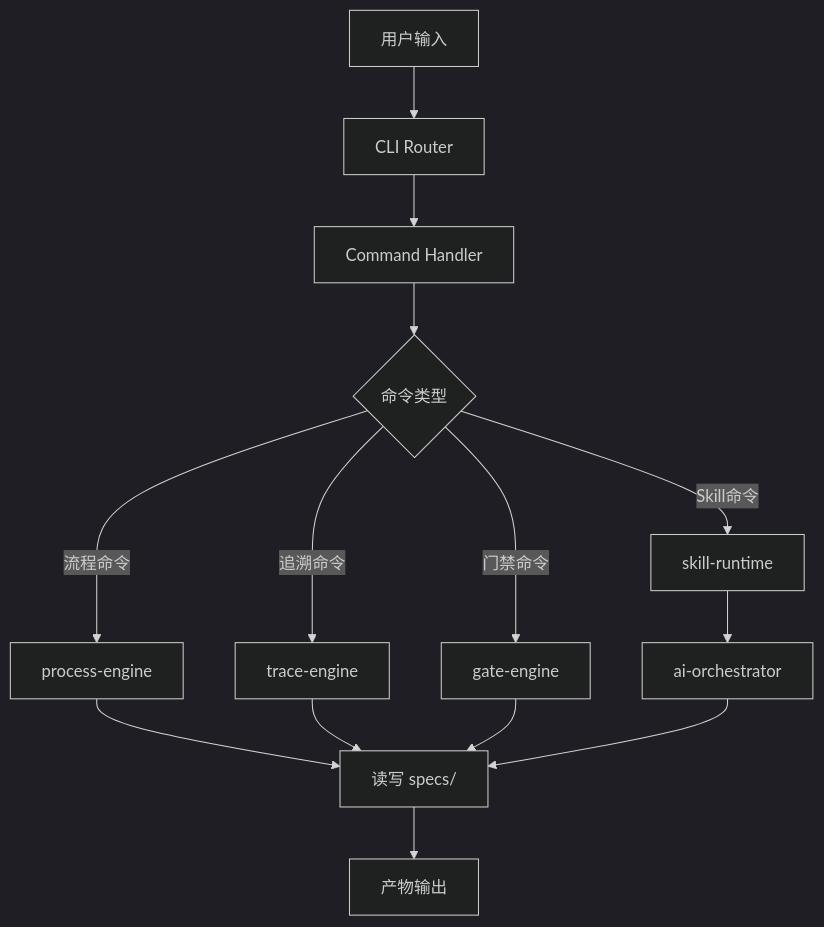
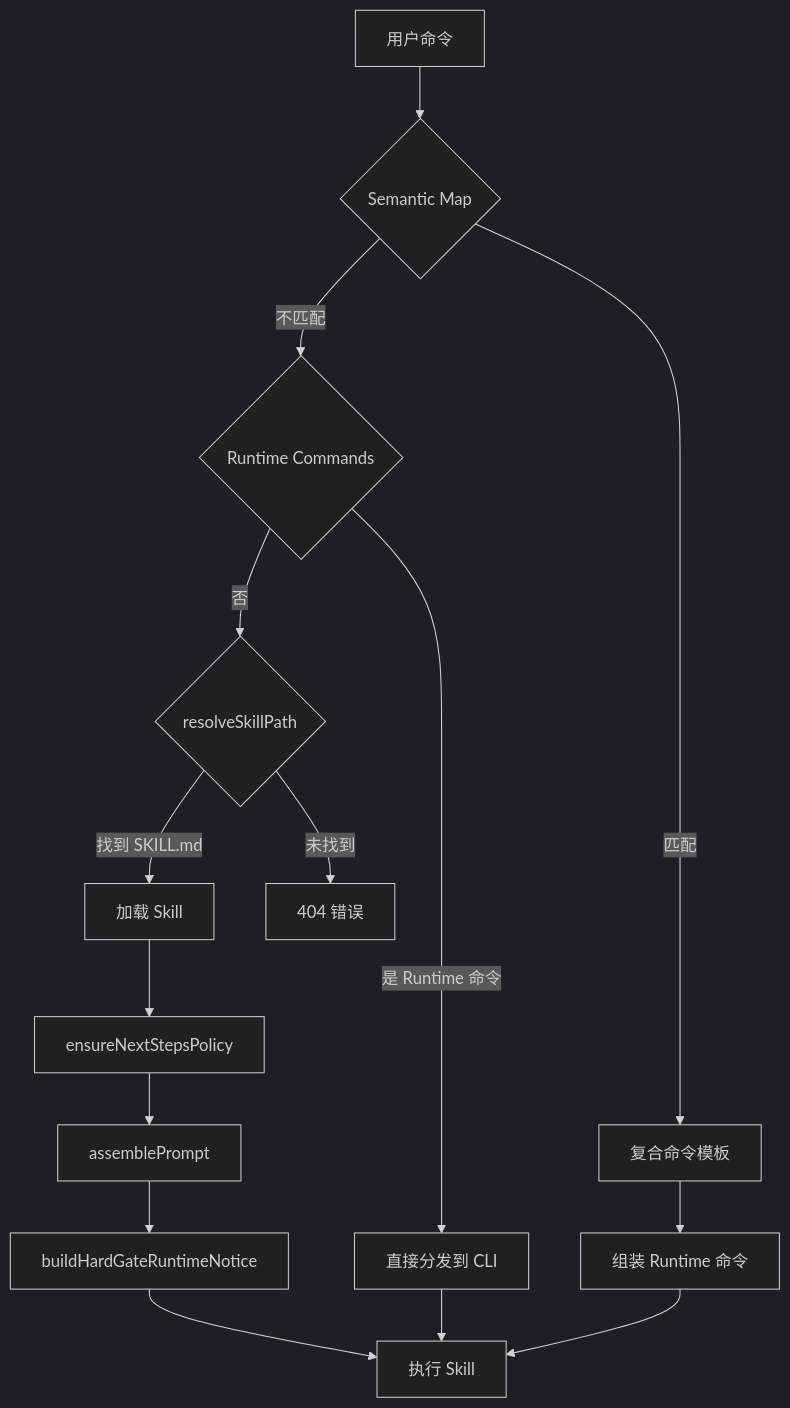
Before and after one commit to leo-kuang-ai/spec-first: the fourth of 12 diagrams in docs/first/architecture.md, drawn with Mermaid (dark theme). The commit also changed other lines of this file and 26 other files, not shown here.

````diff
--- a/docs/first/architecture.md
+++ b/docs/first/architecture.md
@@ -167,16 +192,21 @@
 ```mermaid
 flowchart TD
-    A[用户输入] --> B[CLI Router]
-    B --> C[Command Handler]
-    C --> D{命令类型}
-    D -->|流程命令| E[process-engine]
-    D -->|追溯命令| F[trace-engine]
-    D -->|门禁命令| G[gate-engine]
-    D -->|Skill命令| H[skill-runtime]
-    E --> I[读写 specs/]
-    F --> I
-    G --> I
-    H --> J[ai-orchestrator]
-    J --> I
-    I --> K[产物输出]
+    A[用户命令] --> B{Semantic Map}
+    B -->|匹配| C[复合命令模板]
+    B -->|不匹配| D{Runtime Commands}
+
+    C --> E[组装 Runtime 命令]
+    D -->|是 Runtime 命令| F[直接分发到 CLI]
+    D -->|否| G{resolveSkillPath}
+
+    G -->|找到 SKILL.md| H[加载 Skill]
+    G -->|未找到| I[404 错误]
+
+    H --> J[ensureNextStepsPolicy]
+    J --> K[assemblePrompt]
+    K --> L[buildHardGateRuntimeNotice]
+    L --> M[执行 Skill]
+
+    F --> M
+    E --> M
 ```
````
